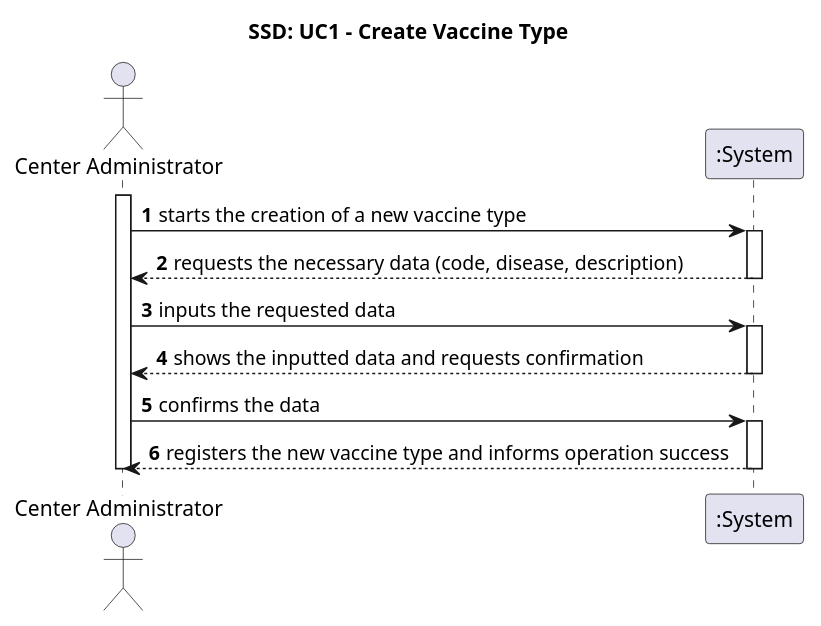
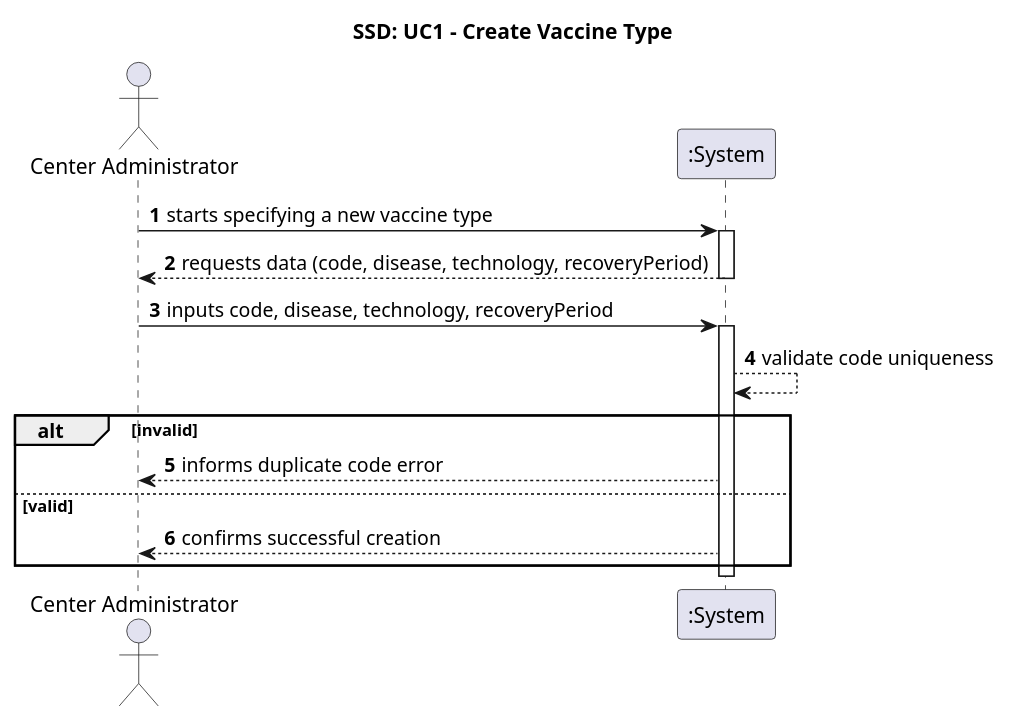
The diagram in Documentation/Use Cases/puml/UC1.puml (Andre-1240567/fsoft2026_1DD_1), drawn with PlantUML before and after one commit. The commit also changed 4 other files, not shown here.

```diff
--- a/Documentation/Use Cases/puml/UC1.puml
+++ b/Documentation/Use Cases/puml/UC1.puml
@@ -1,26 +1,26 @@
 @startuml SSD_CreateVaccineType
 title SSD: UC1 - Create Vaccine Type
 
 actor "Center Administrator" as Admin
 participant ":System" as System
 
 autonumber
 
-activate Admin
-Admin -> System: starts the creation of a new vaccine type
+Admin -> System: starts specifying a new vaccine type
 activate System
-System --> Admin: requests the necessary data (code, disease, description)
+
+System --> Admin: requests data (code, disease, technology, recoveryPeriod)
 deactivate System
 
-Admin -> System: inputs the requested data
+Admin -> System: inputs code, disease, technology, recoveryPeriod
 activate System
-System --> Admin: shows the inputted data and requests confirmation
+
+System --> System: validate code uniqueness
+alt invalid
+    System --> Admin: informs duplicate code error
+else valid
+    System --> Admin: confirms successful creation
+end
+
 deactivate System
-
-Admin -> System: confirms the data
-activate System
-System --> Admin: registers the new vaccine type and informs operation success
-deactivate System
-deactivate Admin
-
 @enduml
```
